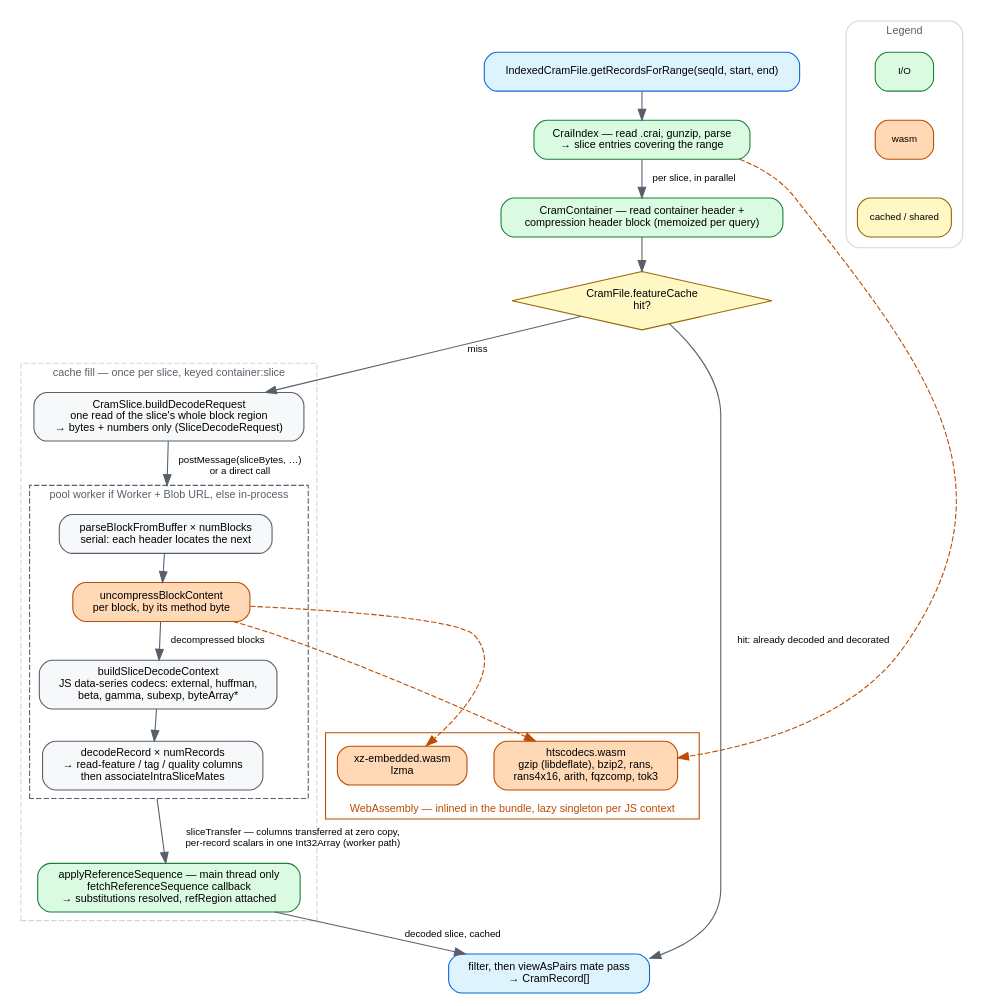
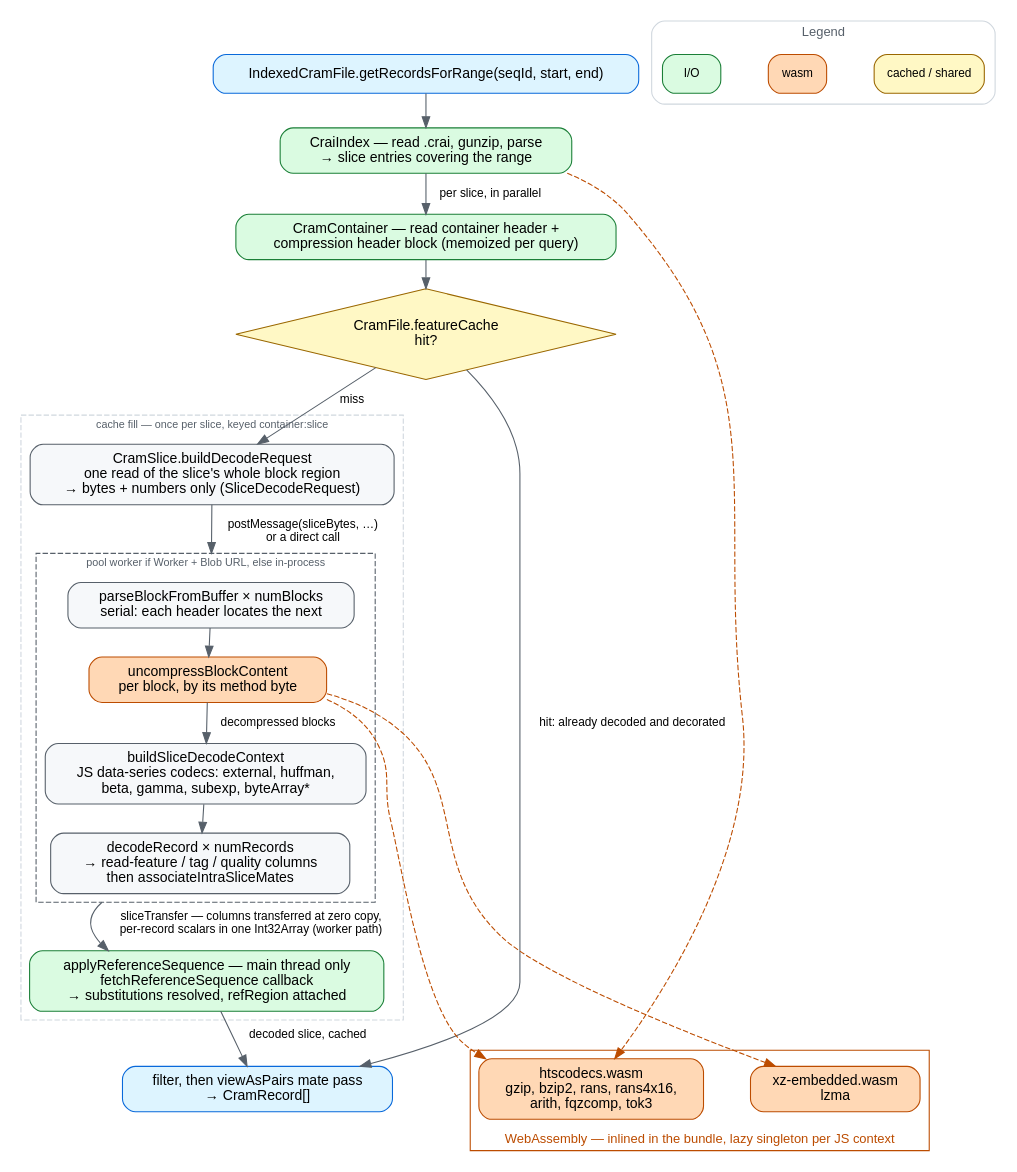
One commit to GMOD/cram-js changed the diagram in docs/img/dataflow.dot. Above: the diagram before and after it, drawn with Graphviz. The commit also changed 1 other file, not shown here.

```diff
--- a/docs/img/dataflow.dot
+++ b/docs/img/dataflow.dot
@@ -1,89 +1,91 @@
 // Source for docs/img/dataflow.svg, which README.md embeds.
 // Regenerate with: dot -Tsvg docs/img/dataflow.dot -o docs/img/dataflow.svg
 //
 // Palette matches bam-js/tabix-js docs/img/dataflow.dot: blue for entry/exit,
 // green for I/O, orange for wasm, yellow for cached/shared state. cram's
 // decode path has real internal structure (cache fill, worker pool, JS
 // codecs), so unlike the other two this diagram keeps that structure instead
 // of collapsing to a single spine — the clusters are that structure, not
 // decoration.
 digraph cram {
   rankdir=TB
   compound=true
   newrank=true
   bgcolor="white"
   nodesep=0.3
   ranksep=0.36
   fontname="Helvetica"
   node [shape=box style="filled,rounded" fillcolor="#f6f8fa" color="#57606a"
-        fontname="Helvetica" fontsize=10 margin="0.14,0.08"]
-  edge [fontname="Helvetica" fontsize=9 color="#57606a"]
+        fontname="Helvetica" fontsize=13 margin="0.16,0.1"]
+  edge [fontname="Helvetica" fontsize=11 color="#57606a"]
 
   query [label="IndexedCramFile.getRecordsForRange(seqId, start, end)" fillcolor="#ddf4ff" color="#0969da"]
   crai  [label="CraiIndex — read .crai, gunzip, parse\n→ slice entries covering the range" fillcolor="#dafbe1" color="#1a7f37"]
   cont  [label="CramContainer — read container header +\ncompression header block (memoized per query)" fillcolor="#dafbe1" color="#1a7f37"]
   cache [label="CramFile.featureCache\nhit?" shape=diamond style="filled" fillcolor="#fff8c5" color="#9a6700" height=0.75 width=2.2]
   out   [label="filter, then viewAsPairs mate pass\n→ CramRecord[]" fillcolor="#ddf4ff" color="#0969da"]
 
   subgraph cluster_fill {
     label="cache fill — once per slice, keyed container:slice"
     color="#d0d7de" fontcolor="#57606a" fontsize=10 style=dashed
 
     req [label="CramSlice.buildDecodeRequest\none read of the slice's whole block region\n→ bytes + numbers only (SliceDecodeRequest)"]
 
     subgraph cluster_decode {
       label="pool worker if Worker + Blob URL, else in-process"
       color="#57606a" fontcolor="#57606a" fontsize=10
 
       walk  [label="parseBlockFromBuffer × numBlocks\nserial: each header locates the next"]
       uncmp [label="uncompressBlockContent\nper block, by its method byte" fillcolor="#ffd8b5" color="#bc4c00"]
       ctx   [label="buildSliceDecodeContext\nJS data-series codecs: external, huffman,\nbeta, gamma, subexp, byteArray*"]
       recs  [label="decodeRecord × numRecords\n→ read-feature / tag / quality columns\nthen associateIntraSliceMates"]
     }
 
     ref [label="applyReferenceSequence — main thread only\nfetchReferenceSequence callback\n→ substitutions resolved, refRegion attached" fillcolor="#dafbe1" color="#1a7f37"]
   }
 
   subgraph cluster_wasm {
     label="WebAssembly — inlined in the bundle, lazy singleton per JS context"
     labelloc=b
-    color="#bc4c00" fontcolor="#bc4c00" fontsize=10
+    color="#bc4c00" fontcolor="#bc4c00" fontsize=12
 
-    hts [label="htscodecs.wasm\ngzip (libdeflate), bzip2, rans,\nrans4x16, arith, fqzcomp, tok3" style="filled,rounded" fillcolor="#ffd8b5" color="#bc4c00"]
+    hts [label="htscodecs.wasm\ngzip, bzip2, rans, rans4x16,\narith, fqzcomp, tok3" style="filled,rounded" fillcolor="#ffd8b5" color="#bc4c00"]
     xz  [label="xz-embedded.wasm\nlzma" style="filled,rounded" fillcolor="#ffd8b5" color="#bc4c00"]
+    hts -> xz [style=invis]
   }
 
   query -> crai
   crai  -> cont  [label="  per slice, in parallel"]
   cont  -> cache
   cache -> req   [label="  miss"]
   req   -> walk  [label="  postMessage(sliceBytes, …)\n  or a direct call" lhead=cluster_decode]
   walk  -> uncmp
   uncmp -> ctx   [label="  decompressed blocks"]
   ctx   -> recs
   recs  -> ref   [label="  sliceTransfer — columns transferred at zero copy,\n  per-record scalars in one Int32Array (worker path)" ltail=cluster_decode]
   ref   -> out   [label="  decoded slice, cached"]
   cache -> out   [label="  hit: already decoded and decorated"]
 
   crai  -> hts   [style=dashed color="#bc4c00" constraint=false]
   uncmp -> hts   [style=dashed color="#bc4c00" constraint=false]
   uncmp -> xz    [style=dashed color="#bc4c00" constraint=false]
 
-  { rank=same; recs; hts; xz }
-
   subgraph cluster_legend {
     label="Legend"
     labelloc="t"
     fontname="Helvetica"
-    fontsize=10
+    fontsize=12
     fontcolor="#57606a"
     color="#d0d7de"
     style="rounded"
     margin=10
-    node [shape=box style="filled,rounded" fontsize=9 margin="0.1,0.04"]
+    rank=same
+    node [shape=box style="filled,rounded" fontsize=11 margin="0.1,0.05"]
     l1 [label="I/O" fillcolor="#dafbe1" color="#1a7f37"]
     l2 [label="wasm" fillcolor="#ffd8b5" color="#bc4c00"]
     l3 [label="cached / shared" fillcolor="#fff8c5" color="#9a6700"]
     l1 -> l2 -> l3 [style=invis]
   }
+
+  { rank=same; out; hts; xz }
 }
```
